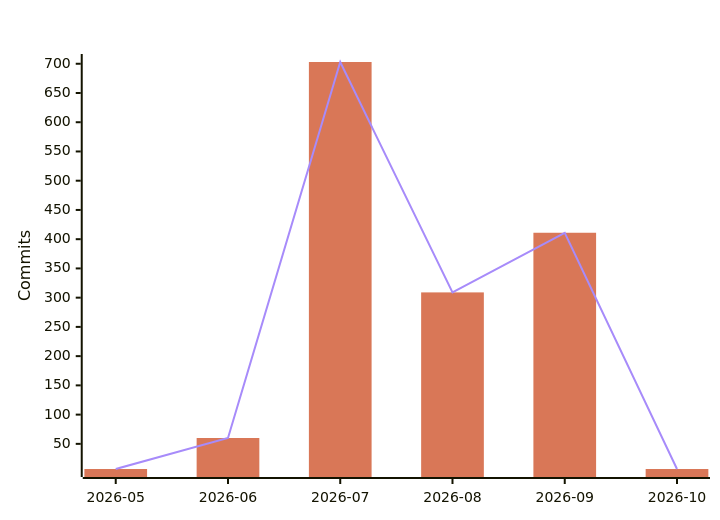
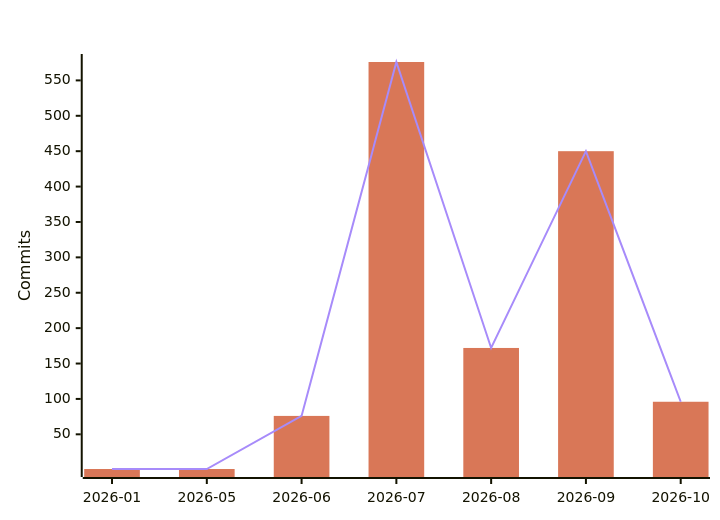
One commit to polo-nyan/polo-nyan changed the fourth of 7 diagrams in README.md. Above: the diagram before and after it, drawn with Mermaid. The commit also changed other lines of this file and 1 other file, not shown here.

````diff
--- a/README.md
+++ b/README.md
@@ -294,9 +294,9 @@
 ```mermaid
 %%{init: {"xyChart": {"titleColor": "#ffffff", "xAxisLabelColor": "#ffffff", "yAxisLabelColor": "#ffffff"}, "themeVariables": {"xyChart": {"titleColor": "#ffffff", "plotColorPalette": "#d97757, #a78bfa"}}}}%%
 xychart-beta
     title "AI-Assisted Commits Per Month"
-    x-axis ["2026-05", "2026-06", "2026-07", "2026-08", "2026-09", "2026-10"]
+    x-axis ["2026-01", "2026-05", "2026-06", "2026-07", "2026-08", "2026-09", "2026-10"]
     y-axis "Commits"
-    bar [7, 60, 703, 309, 411, 7]
-    line [7, 60, 703, 309, 411, 7]
+    bar [1, 1, 76, 576, 172, 450, 96]
+    line [1, 1, 76, 576, 172, 450, 96]
 ```
````
